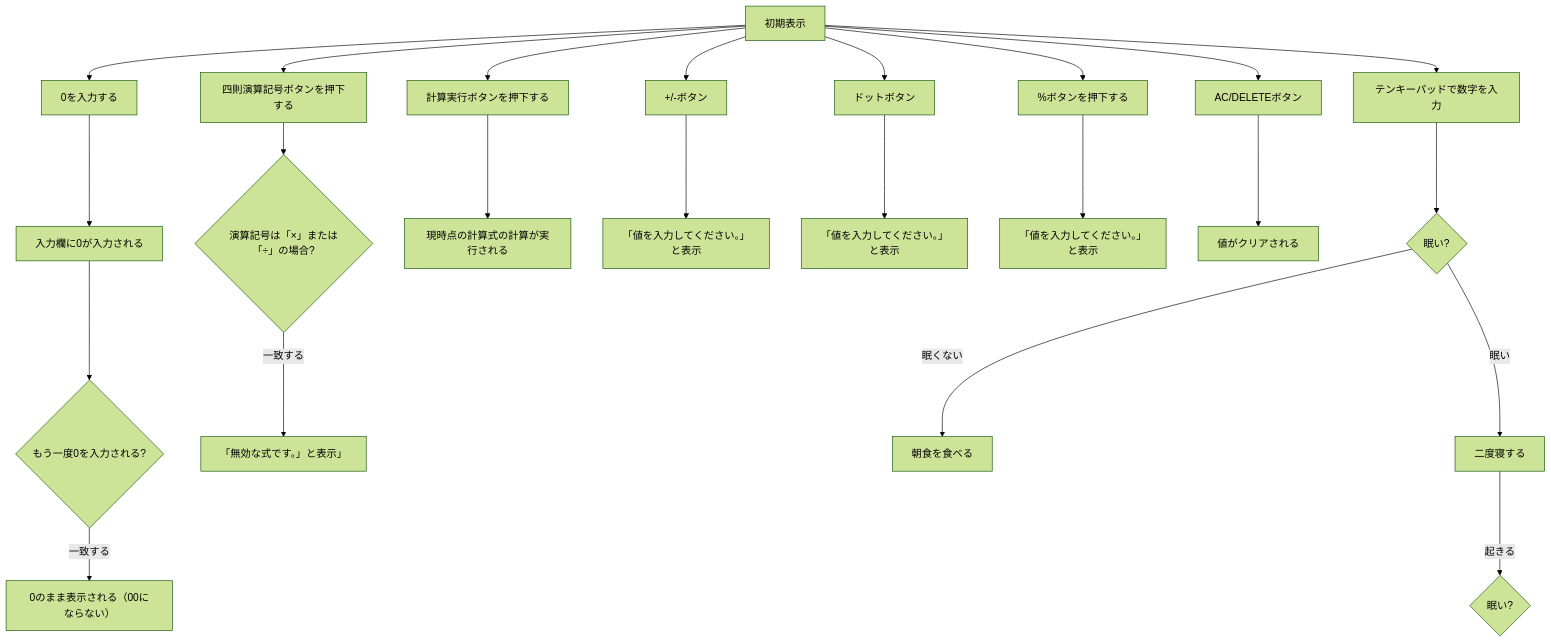
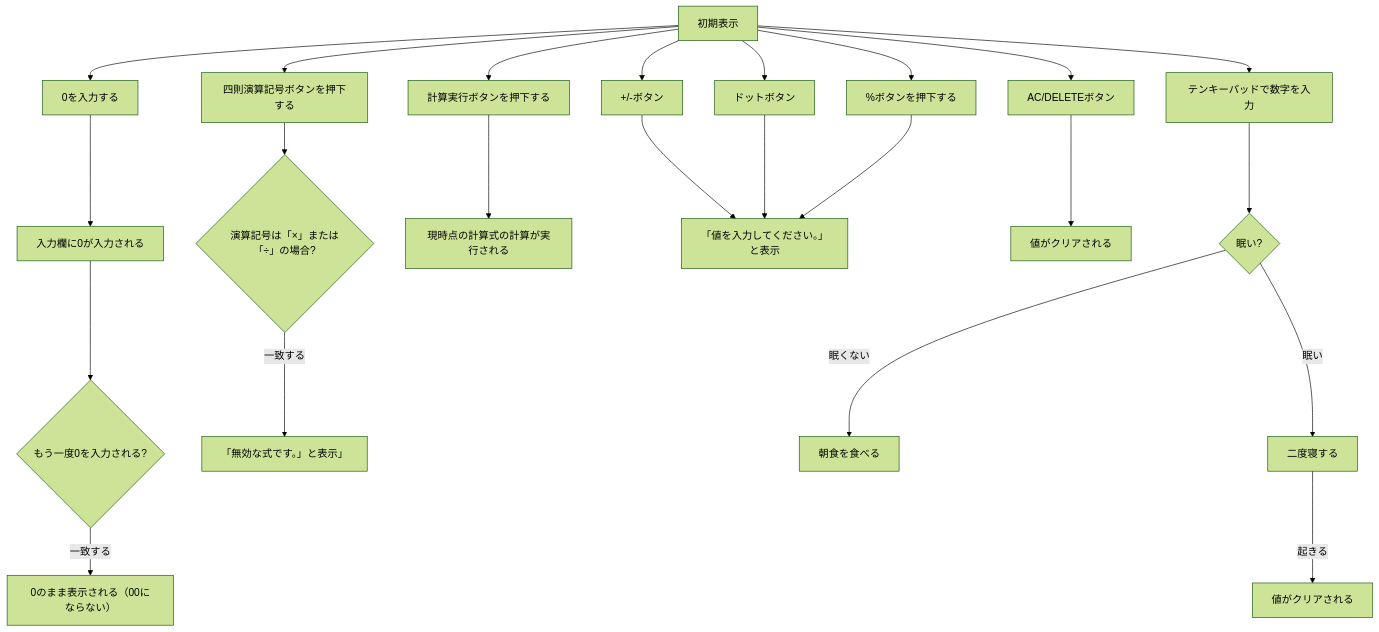
One commit to N3question/jsp-servlet-calculator changed the diagram in 基本設計書.md. Above: the diagram before and after it, drawn with Mermaid (forest theme).

````diff
--- a/基本設計書.md
+++ b/基本設計書.md
@@ -73,15 +73,15 @@
 ```mermaid
 flowchart TB
     A[初期表示] --> B[0を入力する] --> C[入力欄に0が入力される] -->
     D{もう一度0を入力される?} -- 一致する --> E[0のまま表示される（00にならない）]
     A[初期表示] --> F[四則演算記号ボタンを押下する] -->
     G{演算記号は「×」または「÷」の場合?} -- 一致する --> H[「無効な式です。」と表示」]
     A[初期表示] --> I[計算実行ボタンを押下する] --> J[現時点の計算式の計算が実行される]
     A[初期表示] --> K[+/-ボタン] --> L[「値を入力してください。」と表示]
-    A[初期表示] --> M[ドットボタン] --> N[「値を入力してください。」と表示]
-    A[初期表示] --> O[%ボタンを押下する] --> P[「値を入力してください。」と表示]
-    A[初期表示] --> Q[AC/DELETEボタン] --> R[値がクリアされる]
-    A[初期表示] --> S[テンキーパッドで数字を入力] -->
-    T{眠い?} -- 眠くない --> U[朝食を食べる]
-    T{眠い?} -- 眠い --> V[二度寝する] -- 起きる --> W{眠い?}
+    A[初期表示] --> M[ドットボタン] --> L[「値を入力してください。」と表示]
+    A[初期表示] --> N[%ボタンを押下する] --> L[「値を入力してください。」と表示]
+    A[初期表示] --> O[AC/DELETEボタン] --> P[値がクリアされる]
+    A[初期表示] --> Q[テンキーパッドで数字を入力] -->
+    R{眠い?} -- 眠くない --> S[朝食を食べる]
+    R{眠い?} -- 眠い --> T[二度寝する] -- 起きる --> U[値がクリアされる]
 ```
````
